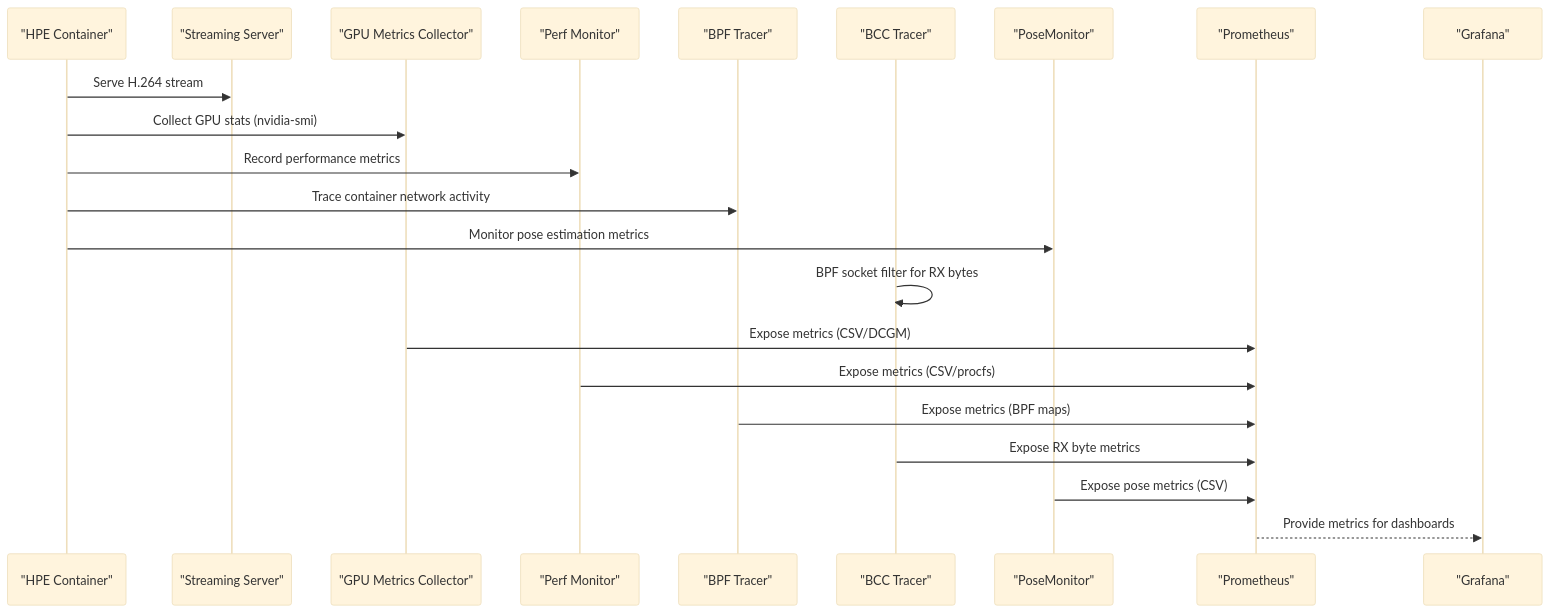
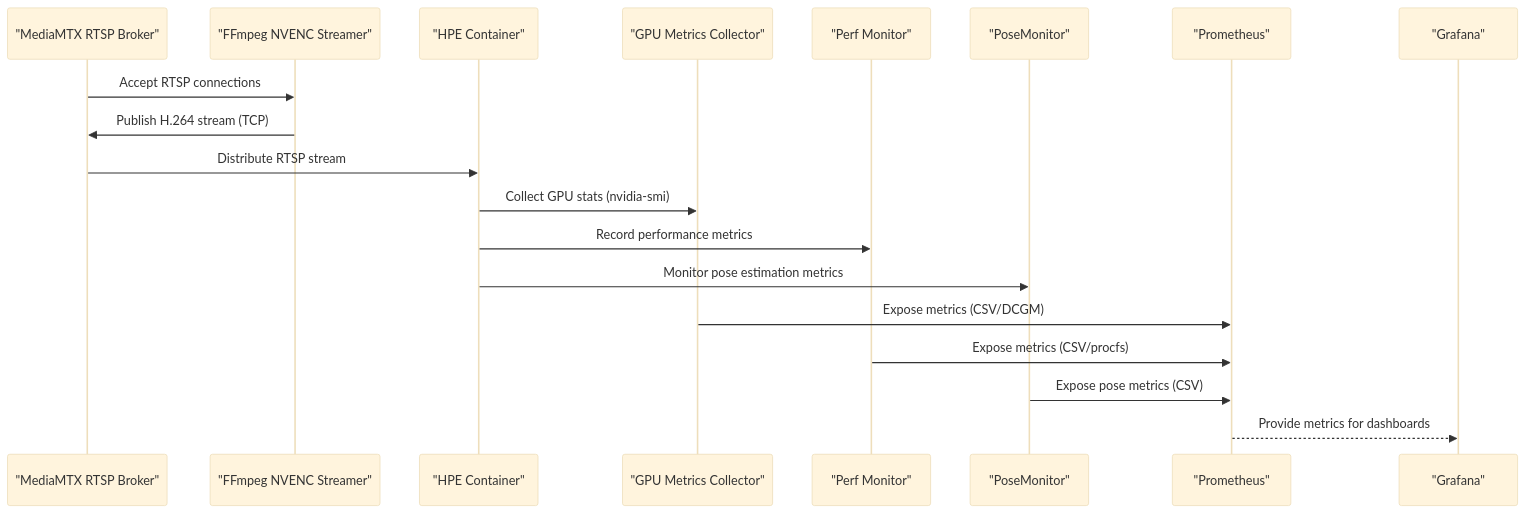
The second of 5 diagrams in .qoder/repowiki/en/content/Deployment Infrastructure/Monitoring and Observability Stack.md (Fogus-Gr/MeasurementsDTs), drawn with Mermaid (base theme) before and after one commit. The commit also changed other lines of this file and 12 other files, not shown here.

````diff
--- a/.qoder/repowiki/en/content/Deployment Infrastructure/Monitoring and Observability Stack.md
+++ b/.qoder/repowiki/en/content/Deployment Infrastructure/Monitoring and Observability Stack.md
@@ -135,24 +120,21 @@
 ```mermaid
 sequenceDiagram
+participant MTX as "MediaMTX RTSP Broker"
+participant STREAMER as "FFmpeg NVENC Streamer"
 participant HPE as "HPE Container"
-participant STREAM as "Streaming Server"
 participant GPU as "GPU Metrics Collector"
 participant PERF as "Perf Monitor"
-participant BPF as "BPF Tracer"
-participant BCC as "BCC Tracer"
 participant POSE as "PoseMonitor"
 participant PROM as "Prometheus"
 participant GRAF as "Grafana"
-HPE->>STREAM : Serve H.264 stream
+MTX->>STREAMER : Accept RTSP connections
+STREAMER->>MTX : Publish H.264 stream (TCP)
+MTX->>HPE : Distribute RTSP stream
 HPE->>GPU : Collect GPU stats (nvidia-smi)
 HPE->>PERF : Record performance metrics
-HPE->>BPF : Trace container network activity
 HPE->>POSE : Monitor pose estimation metrics
-BCC->>BCC : BPF socket filter for RX bytes
 GPU->>PROM : Expose metrics (CSV/DCGM)
 PERF->>PROM : Expose metrics (CSV/procfs)
-BPF->>PROM : Expose metrics (BPF maps)
-BCC->>PROM : Expose RX byte metrics
 POSE->>PROM : Expose pose metrics (CSV)
 PROM-->>GRAF : Provide metrics for dashboards
 ```
````
